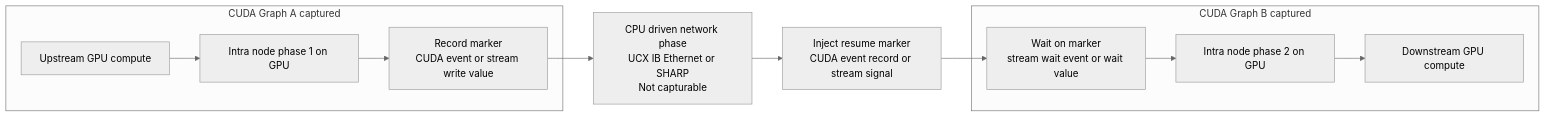
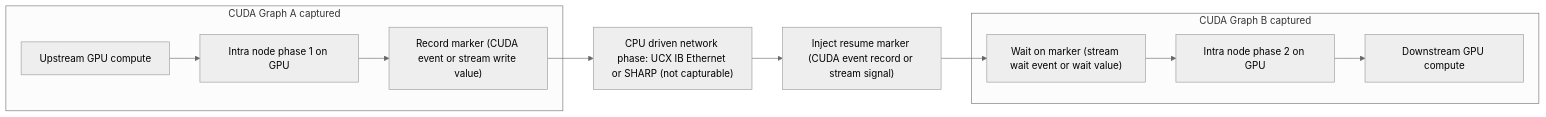
One commit to dmitrypek/mermaid changed the diagram in README.md. Above: the diagram before and after it, drawn with Mermaid (neutral theme).

````diff
--- a/README.md
+++ b/README.md
@@ -1,20 +1,19 @@
 ```mermaid
 flowchart LR
     subgraph G1["CUDA Graph A captured"]
         C1["Upstream GPU compute"] --> I1["Intra node phase 1 on GPU"]
-        I1 --> M1["Record marker\nCUDA event or stream write value"]
+        I1 --> M1["Record marker (CUDA event or stream write value)"]
     end
 
-    M1 --> CPU["CPU driven network phase\nUCX IB Ethernet or SHARP\nNot capturable"]
+    M1 --> CPU["CPU driven network phase: UCX IB Ethernet or SHARP (not capturable)"]
 
-    CPU --> M2["Inject resume marker\nCUDA event record or stream signal"]
+    CPU --> M2["Inject resume marker (CUDA event record or stream signal)"]
 
     subgraph G2["CUDA Graph B captured"]
-        W["Wait on marker\nstream wait event or wait value"] --> I2["Intra node phase 2 on GPU"]
+        W["Wait on marker (stream wait event or wait value)"] --> I2["Intra node phase 2 on GPU"]
         I2 --> C2["Downstream GPU compute"]
     end
 
     M2 --> W
 
-
 ```
````
